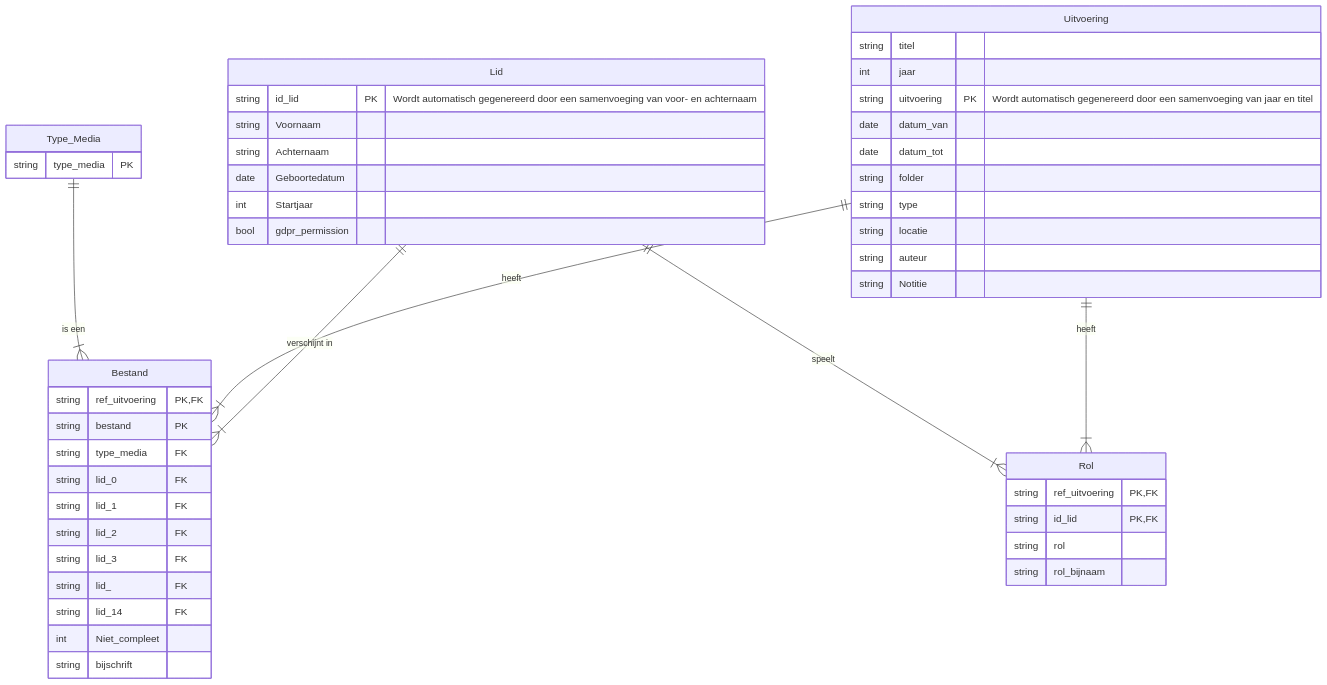
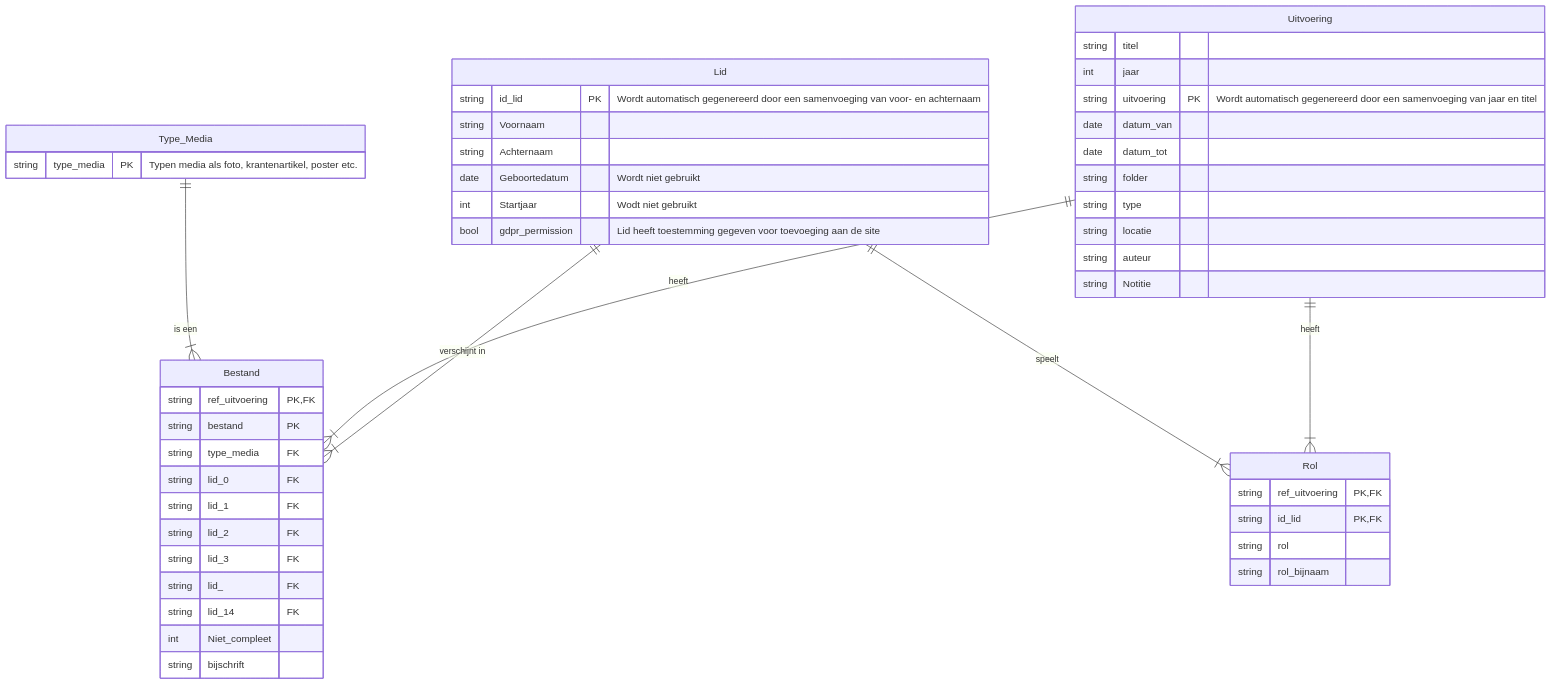
The first of 2 diagrams in README.md (mark-me/kna-history), drawn with Mermaid before and after one commit. The commit also changed other lines of this file, not shown here.

Commit message:
Extended diagrams

````diff
--- a/README.md
+++ b/README.md
@@ -38,50 +38,50 @@
 ```mermaid
 erDiagram
     Type_Media{
-        string type_media PK
+        string type_media PK "Typen media als foto, krantenartikel, poster etc."
     }
     Lid{
         string id_lid PK "Wordt automatisch gegenereerd door een samenvoeging van voor- en achternaam"
         string Voornaam
         string Achternaam
-        date Geboortedatum
-        int Startjaar
-        bool gdpr_permission
+        date Geboortedatum "Wordt niet gebruikt"
+        int Startjaar "Wodt niet gebruikt"
+        bool gdpr_permission "Lid heeft toestemming gegeven voor toevoeging aan de site"
     }
     Uitvoering{
         string titel
         int jaar
         string uitvoering PK "Wordt automatisch gegenereerd door een samenvoeging van jaar en titel"
         date datum_van
         date datum_tot
         string folder
         string type
         string locatie
         string auteur
         string Notitie
     }
     Rol{
         string ref_uitvoering PK, FK
         string id_lid PK, FK
         string rol
         string rol_bijnaam
     }
     Bestand{
         string ref_uitvoering PK, FK
         string bestand PK
         string type_media FK
         string lid_0 FK
         string lid_1 FK
         string lid_2 FK
         string lid_3 FK
         string lid_ FK
         string lid_14 FK
         int Niet_compleet
         string bijschrift
     }
     Lid ||--|{ Rol: speelt
     Uitvoering ||--|{ Rol: heeft
     Type_Media ||--|{ Bestand: "is een"
     Uitvoering ||--|{ Bestand: heeft
     Lid ||--|{ Bestand: "verschijnt in"
 ```
````
